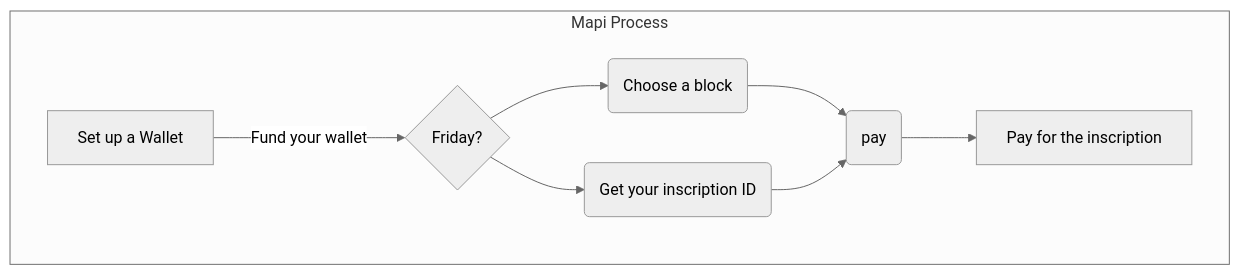
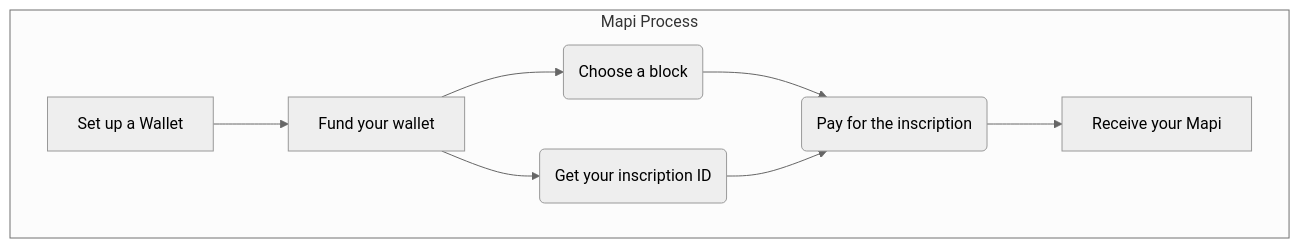
One commit to 3D4D5D/3D4D5D changed the diagram in README.md. Above: the diagram before and after it, drawn with Mermaid (neutral theme). The commit also changed other lines of this file, not shown here.

````diff
--- a/README.md
+++ b/README.md
@@ -18,15 +18,15 @@
 ```mermaid
 graph TD
   subgraph Mapi Process
-    A[Set up a Wallet] -->|Fund your wallet| B{Friday?}
+    A[Set up a Wallet] --> B[Fund your wallet]
     B --> C(Choose a block)
     B --> D(Get your inscription ID)
-    C --> E(pay) 
+    C --> E(Pay for the inscription) 
     D --> E 
-    E --> F[Pay for the inscription]
+    E --> F[Receive your Mapi]
 
 
   end
 
 
 ```
````
